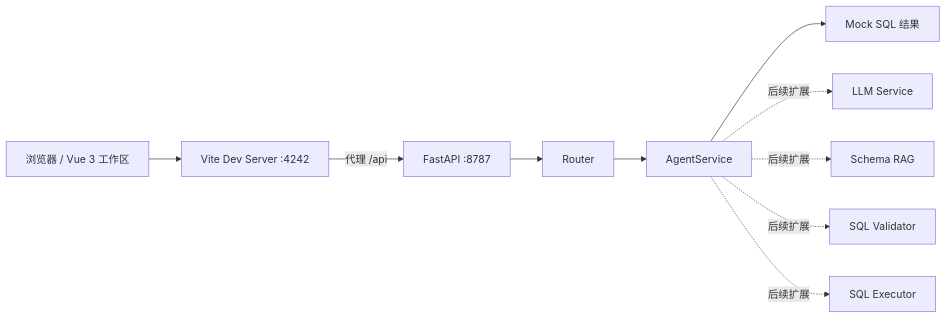
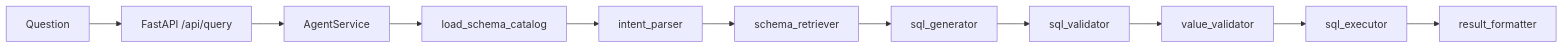
One commit to luo0629/NL2SQL changed the diagram in README.md. Above: the diagram before and after it, drawn with Mermaid. The commit also changed other lines of this file and 20 other files, not shown here.

First line of the commit message:
Update README and enhance schema management

````diff
--- a/README.md
+++ b/README.md
@@ -91,12 +96,13 @@
 ```mermaid
 graph LR
-    A[浏览器 / Vue 3 工作区] --> B[Vite Dev Server :4242]
-    B -->|代理 /api| C[FastAPI :8787]
-    C --> D[Router]
-    D --> E[AgentService]
-    E --> F[Mock SQL 结果]
-    E -. 后续扩展 .-> G[LLM Service]
-    E -. 后续扩展 .-> H[Schema RAG]
-    E -. 后续扩展 .-> I[SQL Validator]
-    E -. 后续扩展 .-> J[SQL Executor]
+    A[Question] --> B[FastAPI /api/query]
+    B --> C[AgentService]
+    C --> D[load_schema_catalog]
+    D --> E[intent_parser]
+    E --> F[schema_retriever]
+    F --> G[sql_generator]
+    G --> H[sql_validator]
+    H --> I[value_validator]
+    I --> J[sql_executor]
+    J --> K[result_formatter]
 ```
````
